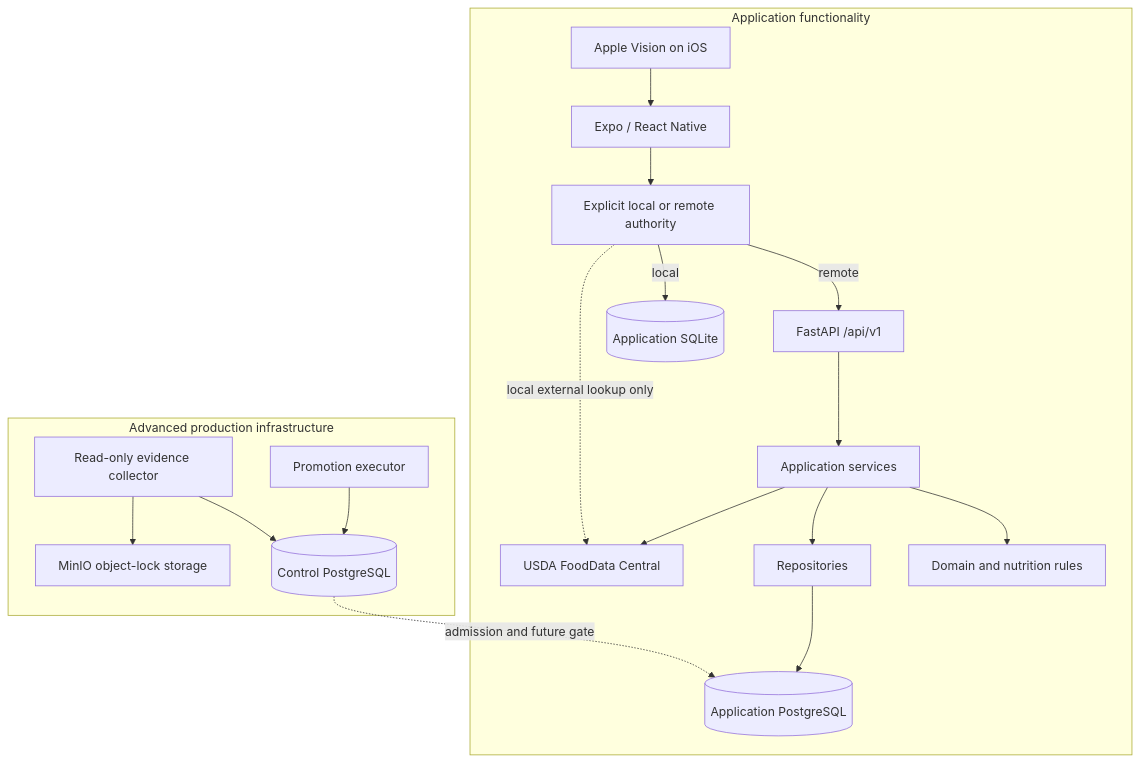
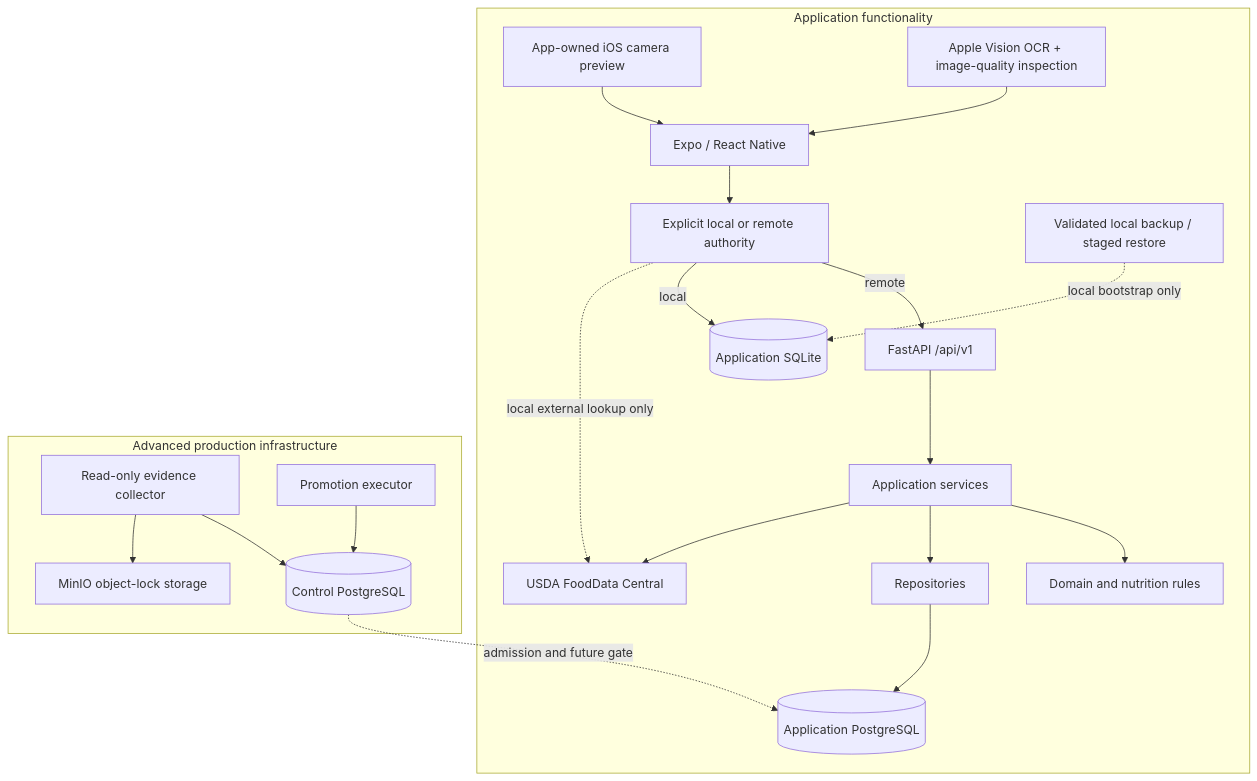
The first of 2 diagrams in docs/architecture/overview.md (MitCaine/Nutrition-App), drawn with Mermaid before and after one commit. The commit also changed other lines of this file and 12 other files, not shown here.

````diff
--- a/docs/architecture/overview.md
+++ b/docs/architecture/overview.md
@@ -17,22 +17,24 @@
 ```mermaid
 flowchart TB
     subgraph Product["Application functionality"]
         Mobile["Expo / React Native"] --> Selection["Explicit local or remote authority"]
         Selection -->|remote| API["FastAPI /api/v1"]
         Selection -->|local| LocalDB[("Application SQLite")]
         API --> Services["Application services"]
         Services --> Rules["Domain and nutrition rules"]
         Services --> Repos["Repositories"]
         Repos --> AppDB[("Application PostgreSQL")]
         Services --> USDA["USDA FoodData Central"]
         Selection -.->|local external lookup only| USDA
-        Native["Apple Vision on iOS"] --> Mobile
+        Camera["App-owned iOS camera preview"] --> Mobile
+        Native["Apple Vision OCR + image-quality inspection"] --> Mobile
+        LocalBackup["Validated local backup / staged restore"] -.->|local bootstrap only| LocalDB
     end
 
     subgraph Operations["Advanced production infrastructure"]
         Collector["Read-only evidence collector"] --> ControlDB[("Control PostgreSQL")]
         Collector --> WORM["MinIO object-lock storage"]
         Executor["Promotion executor"] --> ControlDB
         ControlDB -.->|admission and future gate| AppDB
     end
 ```
````
